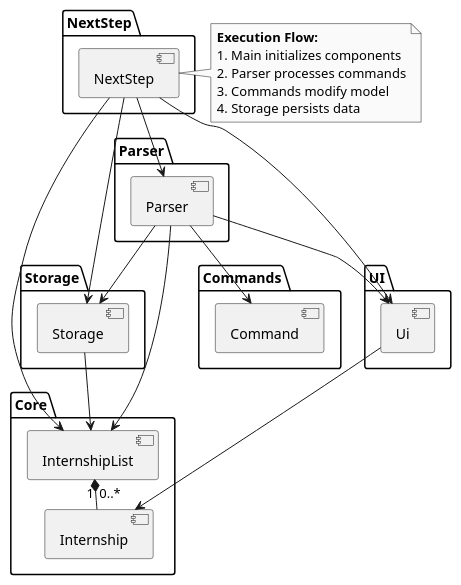
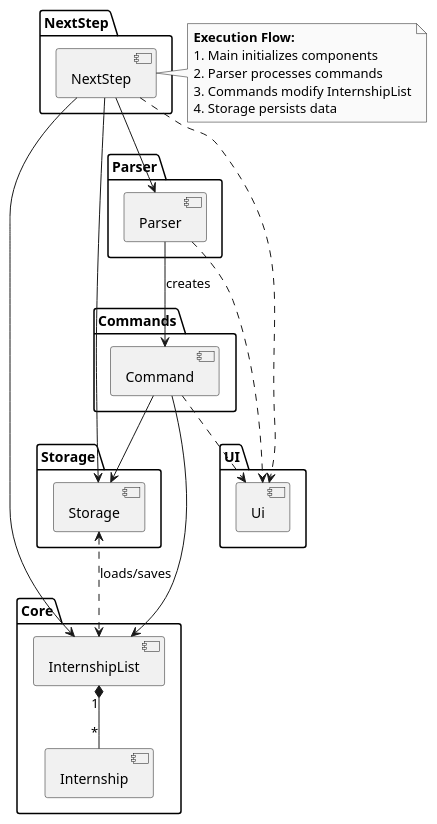
The diagram in docs/diagrams/architectureDiagram.puml (xyanjun02/tp), drawn with PlantUML before and after one commit. The commit also changed 11 other files, not shown here.

Commit message:
Updated diagrams for dg

```diff
--- a/docs/diagrams/architectureDiagram.puml
+++ b/docs/diagrams/architectureDiagram.puml
@@ -1,61 +1,61 @@
 @startuml NextStep_Architecture
 skinparam monochrome true
 skinparam shadowing false
 skinparam nodesep 20
 skinparam ranksep 30
 
 package "NextStep" {
     [NextStep] as Main
 }
 
 package "Core" {
     [InternshipList]
     [Internship]
 }
 
 package "UI" {
     [Ui]
 }
 
 package "Storage" {
     [Storage] as StorageComponent
 }
 
 package "Parser" {
     [Parser] as ParserComponent
 }
 
 package "Commands" {
     [Command]
 }
 
 ' Main relationships
 Main --> StorageComponent
 Main --> ParserComponent
-Main --> Ui
+Main ..> Ui
 Main --> InternshipList
 
 ' Parser relationships
-ParserComponent --> Command
-ParserComponent --> InternshipList
-ParserComponent --> StorageComponent
-ParserComponent --> Ui
+ParserComponent --> Command : creates
+ParserComponent ..> Ui
+
+' Command relationships
+Command --> InternshipList
+Command --> StorageComponent
+Command ..> Ui
 
 ' Storage relationships
-StorageComponent --> InternshipList
+StorageComponent <..> InternshipList : loads/saves
 
 ' Core relationships
-InternshipList "1" *-- "0..*" Internship
-
-' UI relationships
-Ui --> Internship
+InternshipList "1" *--- "*" Internship
 
 note right of Main
   <b>Execution Flow:</b>
   1. Main initializes components
   2. Parser processes commands
-  3. Commands modify model
+  3. Commands modify InternshipList
   4. Storage persists data
 end note
 
 @enduml
```
